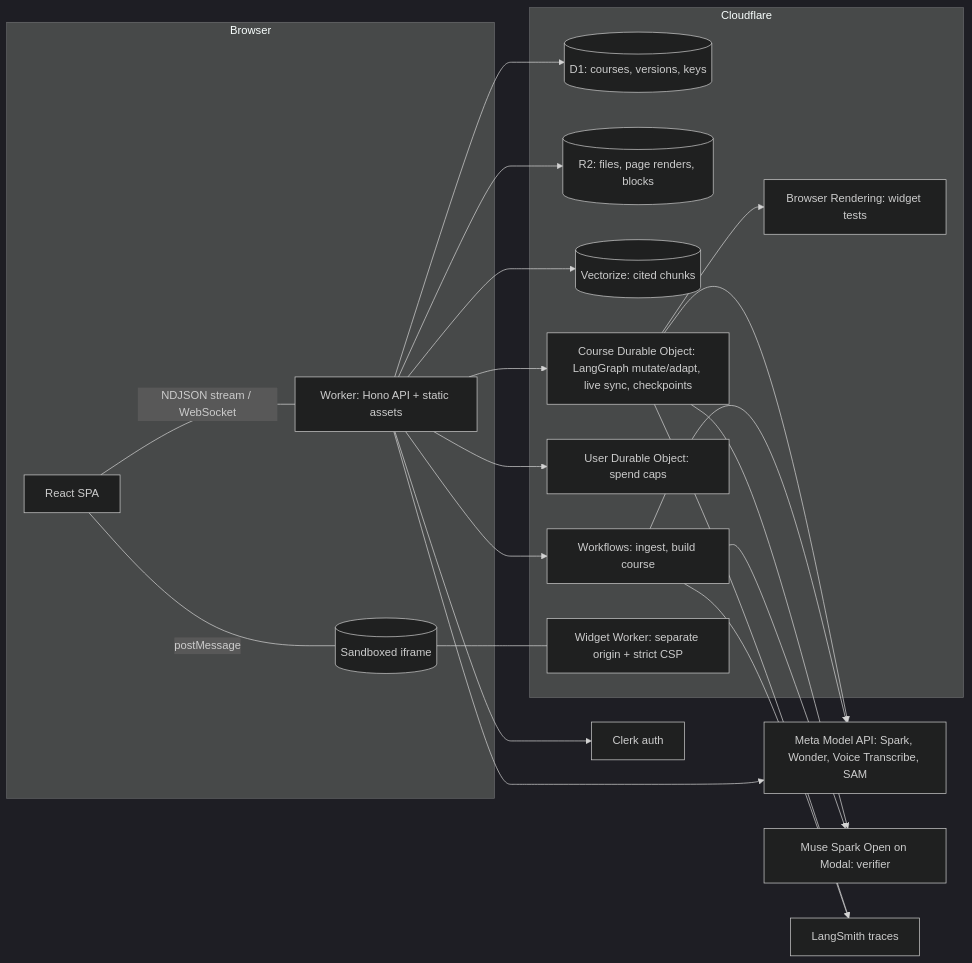
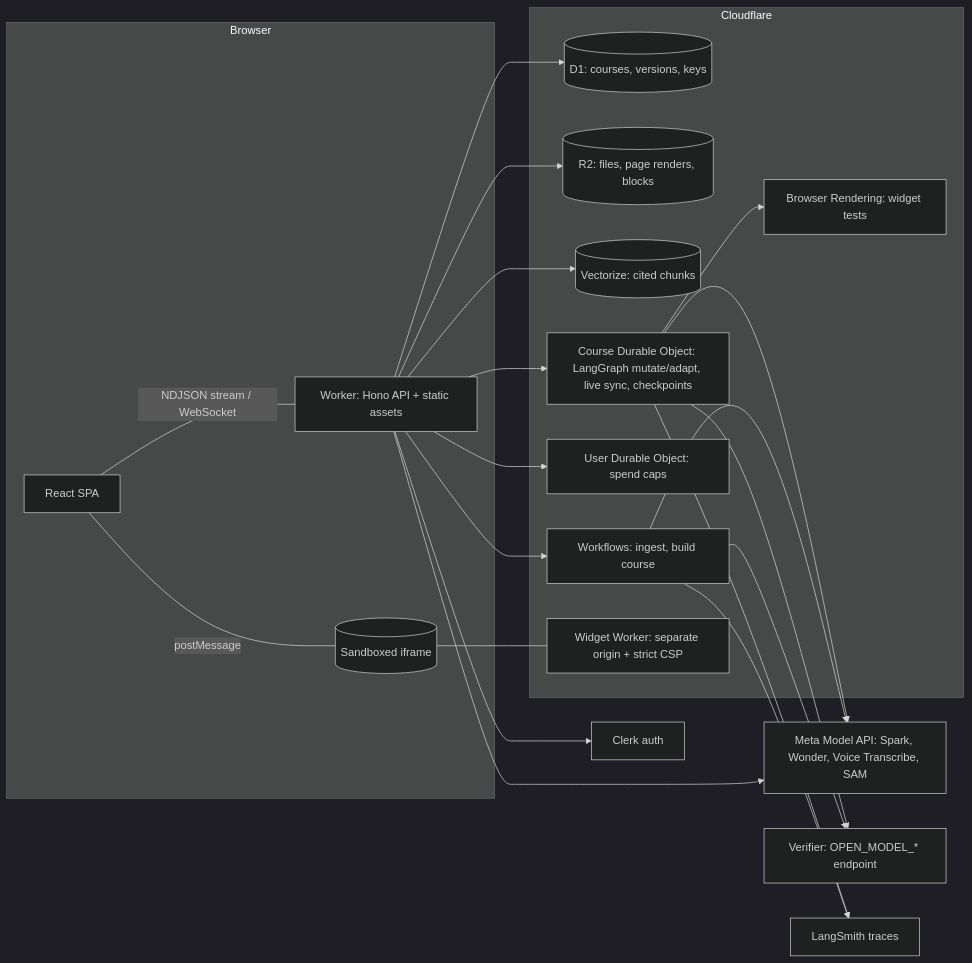
The diagram in README.md (radeshgovind-2005/meta-hyperlearn), drawn with Mermaid (dark theme) before and after one commit. The commit also changed other lines of this file and 6 other files, not shown here.

````diff
--- a/README.md
+++ b/README.md
@@ -53,21 +53,21 @@
 ```mermaid
 flowchart LR
   subgraph Browser
     SPA[React SPA] -- NDJSON stream / WebSocket --- API
     SPA -- postMessage --- SBX[(Sandboxed iframe)]
   end
   subgraph Cloudflare
     API[Worker: Hono API + static assets] --> D1[(D1: courses, versions, keys)]
     API --> R2[(R2: files, page renders, blocks)]
     API --> VEC[(Vectorize: cited chunks)]
     API --> CDO[Course Durable Object: LangGraph mutate/adapt, live sync, checkpoints]
     API --> UDO[User Durable Object: spend caps]
     API --> WF[Workflows: ingest, build course]
     CDO --> BR[Browser Rendering: widget tests]
     SBX --- WID[Widget Worker: separate origin + strict CSP]
   end
   API & CDO & WF --> META[Meta Model API: Spark, Wonder, Voice Transcribe, SAM]
-  CDO & WF --> OPEN[Muse Spark Open on Modal: verifier]
+  CDO & WF --> OPEN[Verifier: OPEN_MODEL_* endpoint]
   CDO & WF --> LS[LangSmith traces]
   API --> CLERK[Clerk auth]
 ```
````
